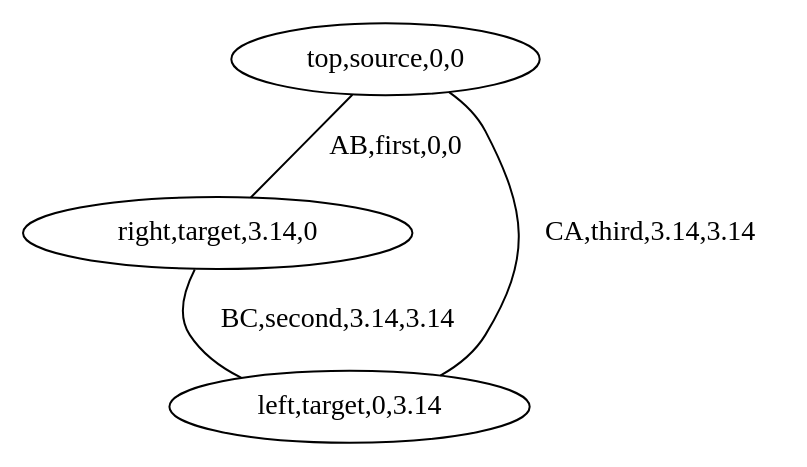
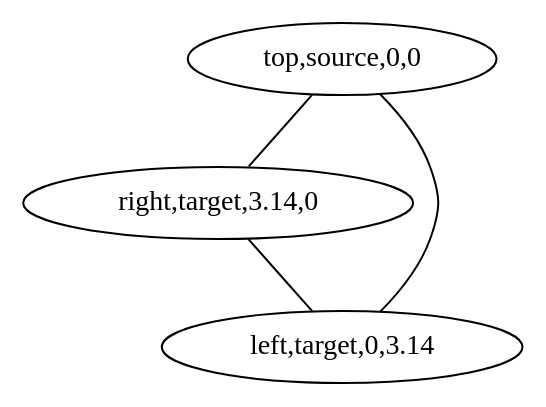
One commit to richelbilderbeek/boost_graph_cookbook_1 changed the diagram in save_custom_edges_and_vertices_graph_to_dot_test_custom_edges_and_vertices_k3_graph.dot. Above: the diagram before and after it, drawn with Graphviz. The commit also changed 86 other files, not shown here.

```diff
--- a/save_custom_edges_and_vertices_graph_to_dot_test_custom_edges_and_vertices_k3_graph.dot
+++ b/save_custom_edges_and_vertices_graph_to_dot_test_custom_edges_and_vertices_k3_graph.dot
@@ -1,8 +1,8 @@
 graph G {
 0[label="top,source,0,0"];
 1[label="right,target,3.14,0"];
 2[label="left,target,0,3.14"];
-0--1 [label="AB,first,0,0"];
-1--2 [label="BC,second,3.14,3.14"];
-2--0 [label="CA,third,3.14,3.14"];
+0--1 ;
+1--2 ;
+2--0 ;
 }
```
